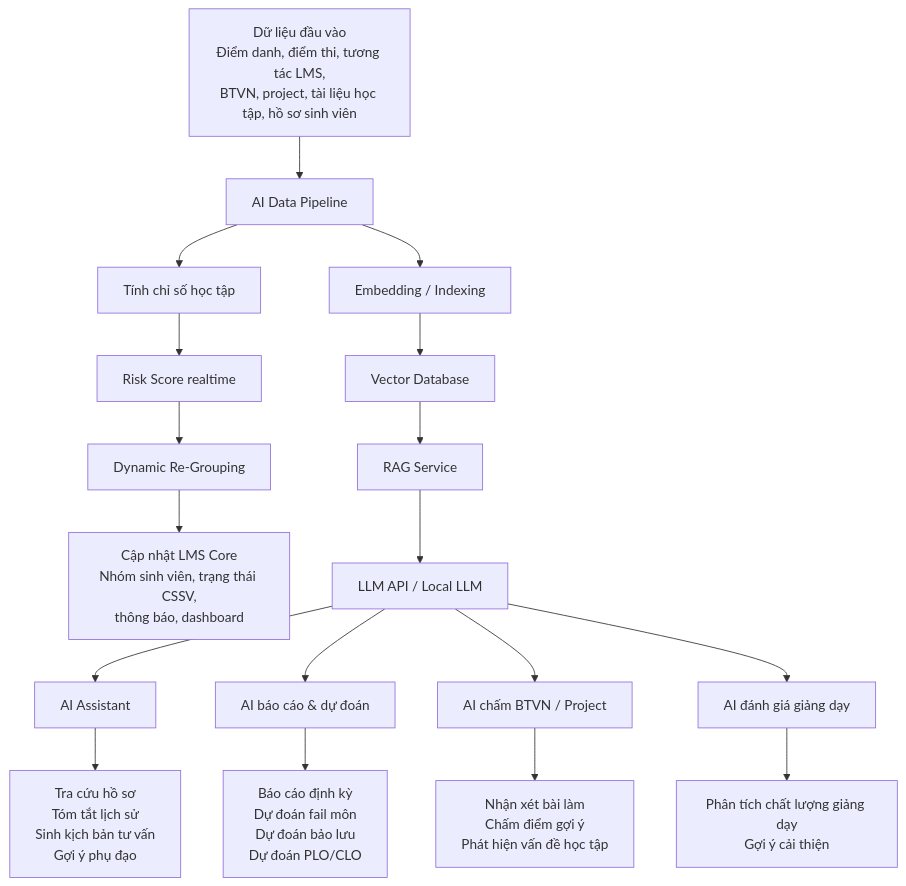
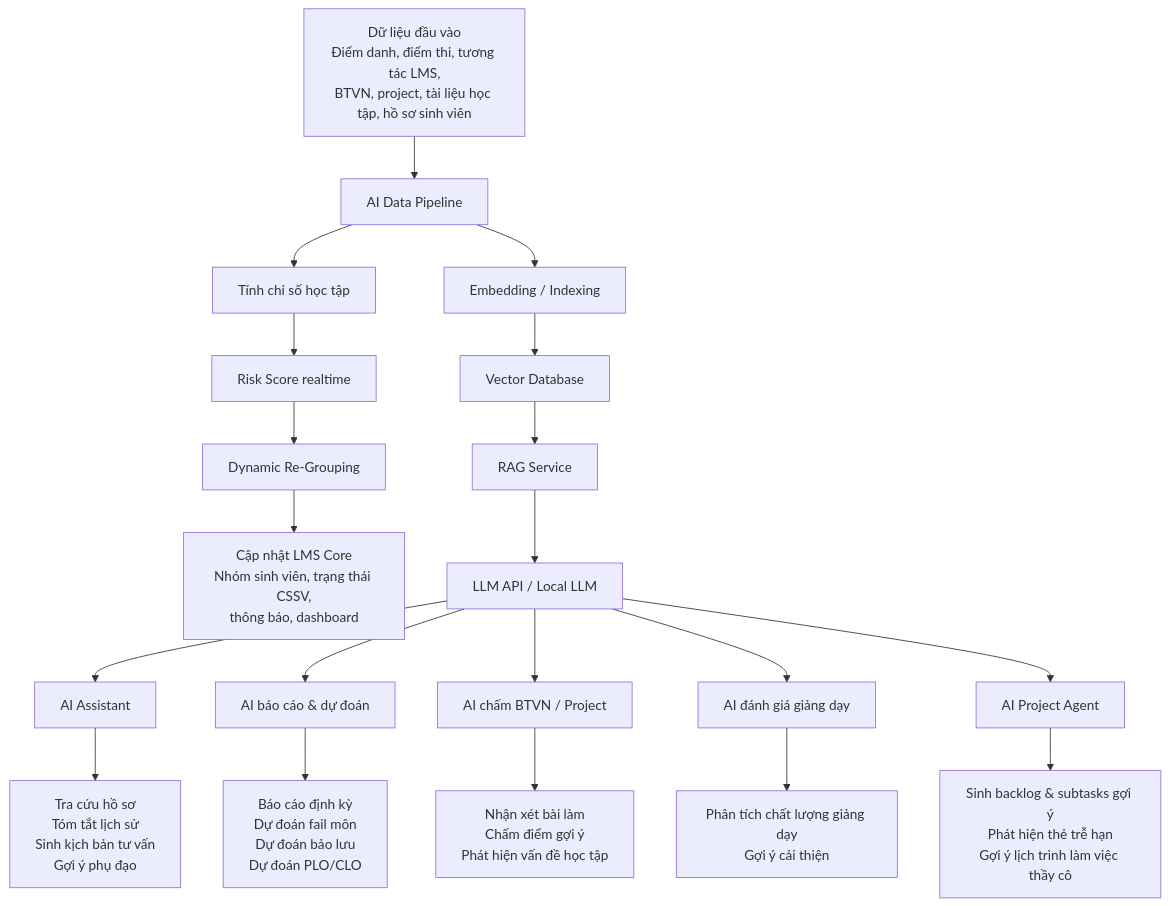
The fifth of 7 diagrams in so-do-chuc-nang-lms-ai.md (DuowngM/Bao_cao), drawn with Mermaid before and after one commit. The commit also changed other lines of this file, not shown here.

````diff
--- a/so-do-chuc-nang-lms-ai.md
+++ b/so-do-chuc-nang-lms-ai.md
@@ -184,27 +214,30 @@
 ```mermaid
 flowchart TB
   DATA["Dữ liệu đầu vào<br/>Điểm danh, điểm thi, tương tác LMS,<br/>BTVN, project, tài liệu học tập, hồ sơ sinh viên"] --> PIPE["AI Data Pipeline"]
 
   PIPE --> EMB["Embedding / Indexing"]
   EMB --> VDB["Vector Database"]
 
   PIPE --> METRIC["Tính chỉ số học tập"]
   METRIC --> RISK["Risk Score realtime"]
   RISK --> REGROUP["Dynamic Re-Grouping"]
   REGROUP --> CORE["Cập nhật LMS Core<br/>Nhóm sinh viên, trạng thái CSSV,<br/>thông báo, dashboard"]
 
   VDB --> RAG["RAG Service"]
   RAG --> LLM["LLM API / Local LLM"]
 
   LLM --> ASSIST["AI Assistant"]
   ASSIST --> ASSIST_OUT["Tra cứu hồ sơ<br/>Tóm tắt lịch sử<br/>Sinh kịch bản tư vấn<br/>Gợi ý phụ đạo"]
 
   LLM --> REPORT["AI báo cáo & dự đoán"]
   REPORT --> REPORT_OUT["Báo cáo định kỳ<br/>Dự đoán fail môn<br/>Dự đoán bảo lưu<br/>Dự đoán PLO/CLO"]
 
   LLM --> GRADING["AI chấm BTVN / Project"]
   GRADING --> GRADING_OUT["Nhận xét bài làm<br/>Chấm điểm gợi ý<br/>Phát hiện vấn đề học tập"]
 
   LLM --> TEACHING["AI đánh giá giảng dạy"]
   TEACHING --> TEACHING_OUT["Phân tích chất lượng giảng dạy<br/>Gợi ý cải thiện"]
+
+  LLM --> PM_AGENT["AI Project Agent"]
+  PM_AGENT --> PM_AGENT_OUT["Sinh backlog & subtasks gợi ý<br/>Phát hiện thẻ trễ hạn<br/>Gợi ý lịch trình làm việc thầy cô"]
 ```
````
